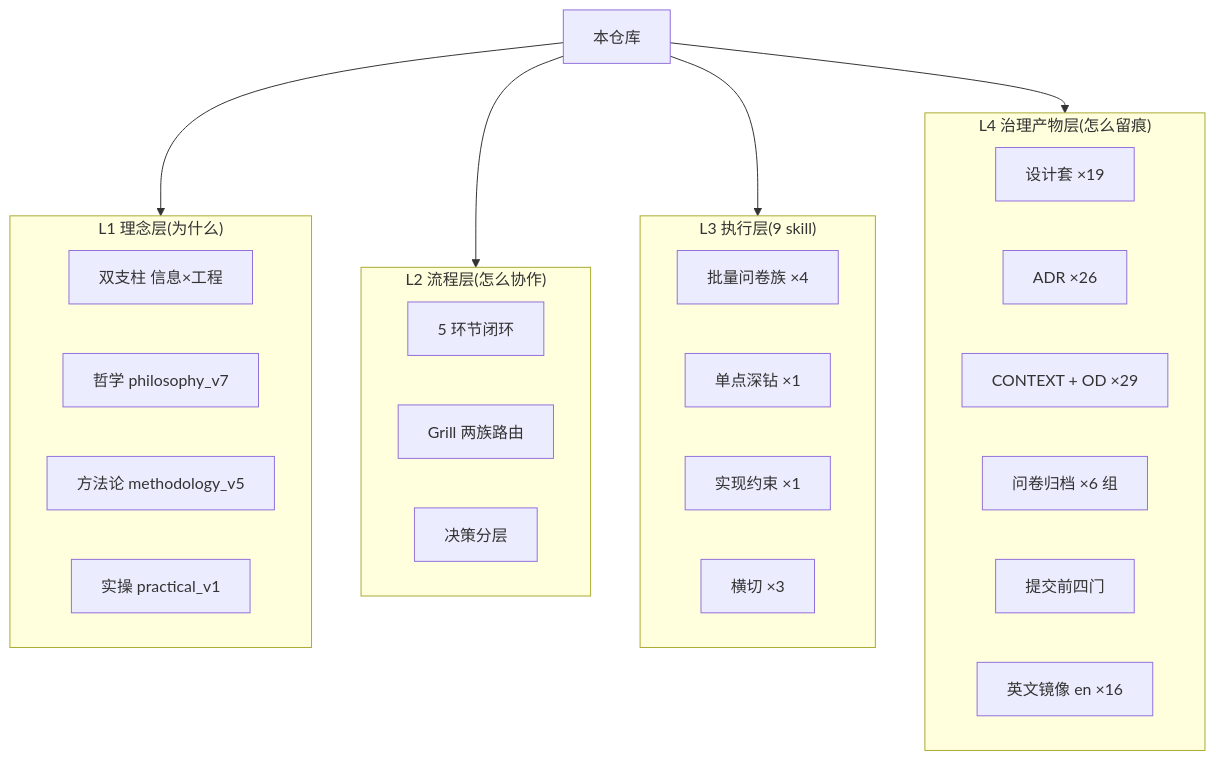
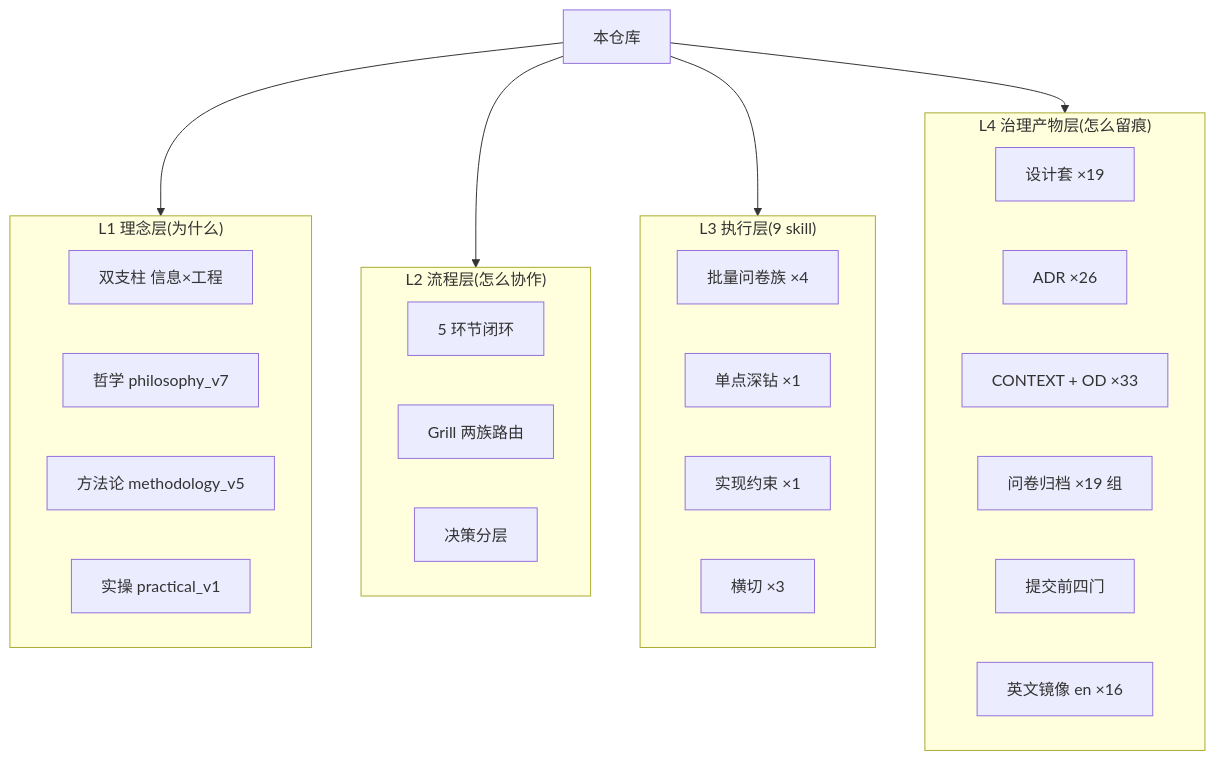
One commit to code-cycler/info-driven-ai-se-harness-engineering changed the first of 6 diagrams in PROJECT-OVERVIEW.md. Above: the diagram before and after it, drawn with Mermaid. The commit also changed other lines of this file and 16 other files, not shown here.

````diff
--- a/PROJECT-OVERVIEW.md
+++ b/PROJECT-OVERVIEW.md
@@ -28,29 +28,29 @@
 ```mermaid
 flowchart TD
     ROOT["本仓库"] --> LA & LB & LC & LD
     subgraph LA["L1 理念层(为什么)"]
         A1["双支柱 信息×工程"]
         A2["哲学 philosophy_v7"]
         A3["方法论 methodology_v5"]
         A4["实操 practical_v1"]
     end
     subgraph LB["L2 流程层(怎么协作)"]
         B1["5 环节闭环"]
         B2["Grill 两族路由"]
         B3["决策分层"]
     end
     subgraph LC["L3 执行层(9 skill)"]
         C1["批量问卷族 ×4"]
         C2["单点深钻 ×1"]
         C3["实现约束 ×1"]
         C4["横切 ×3"]
     end
     subgraph LD["L4 治理产物层(怎么留痕)"]
         D1["设计套 ×19"]
         D2["ADR ×26"]
-        D3["CONTEXT + OD ×29"]
-        D4["问卷归档 ×6 组"]
+        D3["CONTEXT + OD ×33"]
+        D4["问卷归档 ×19 组"]
         D5["提交前四门"]
         D6["英文镜像 en ×16"]
     end
 ```
````
